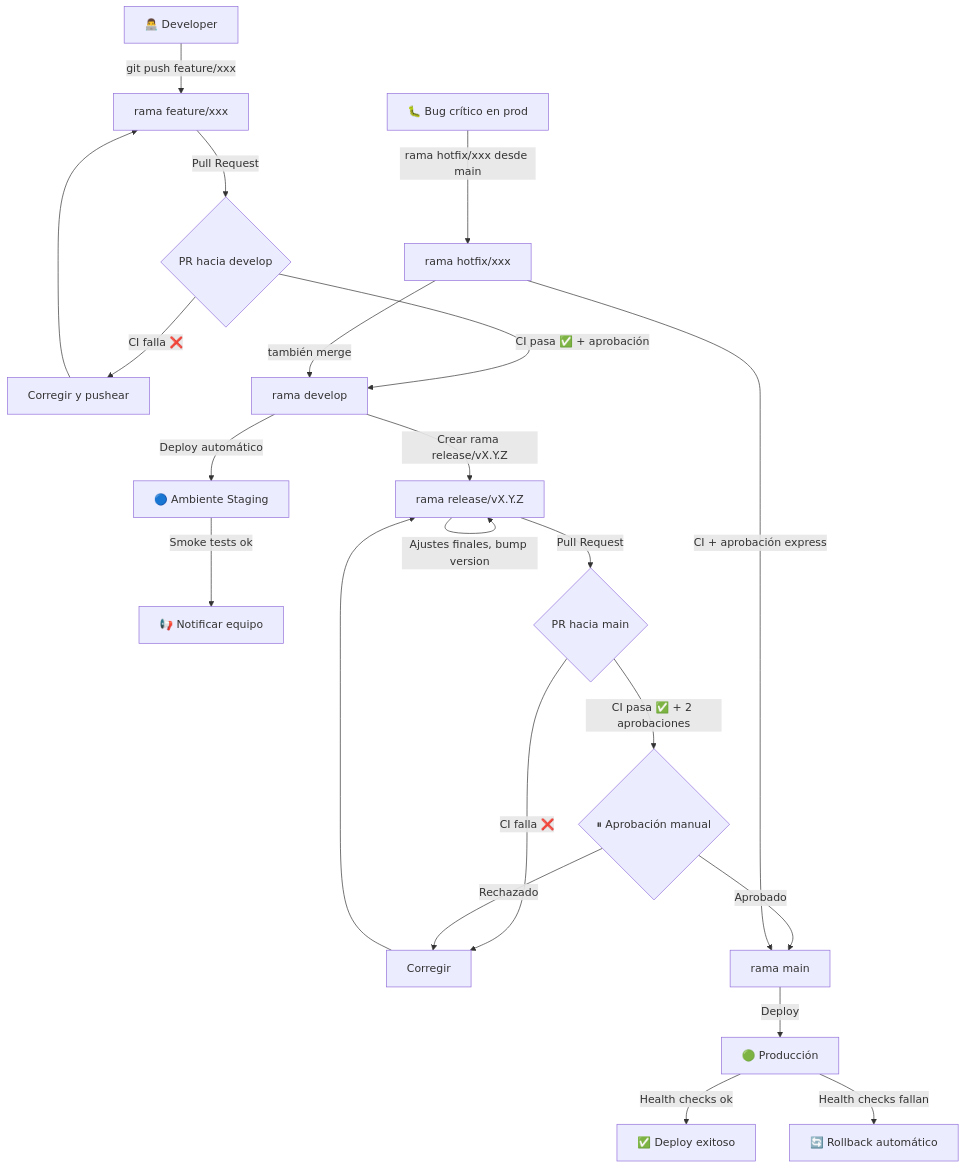
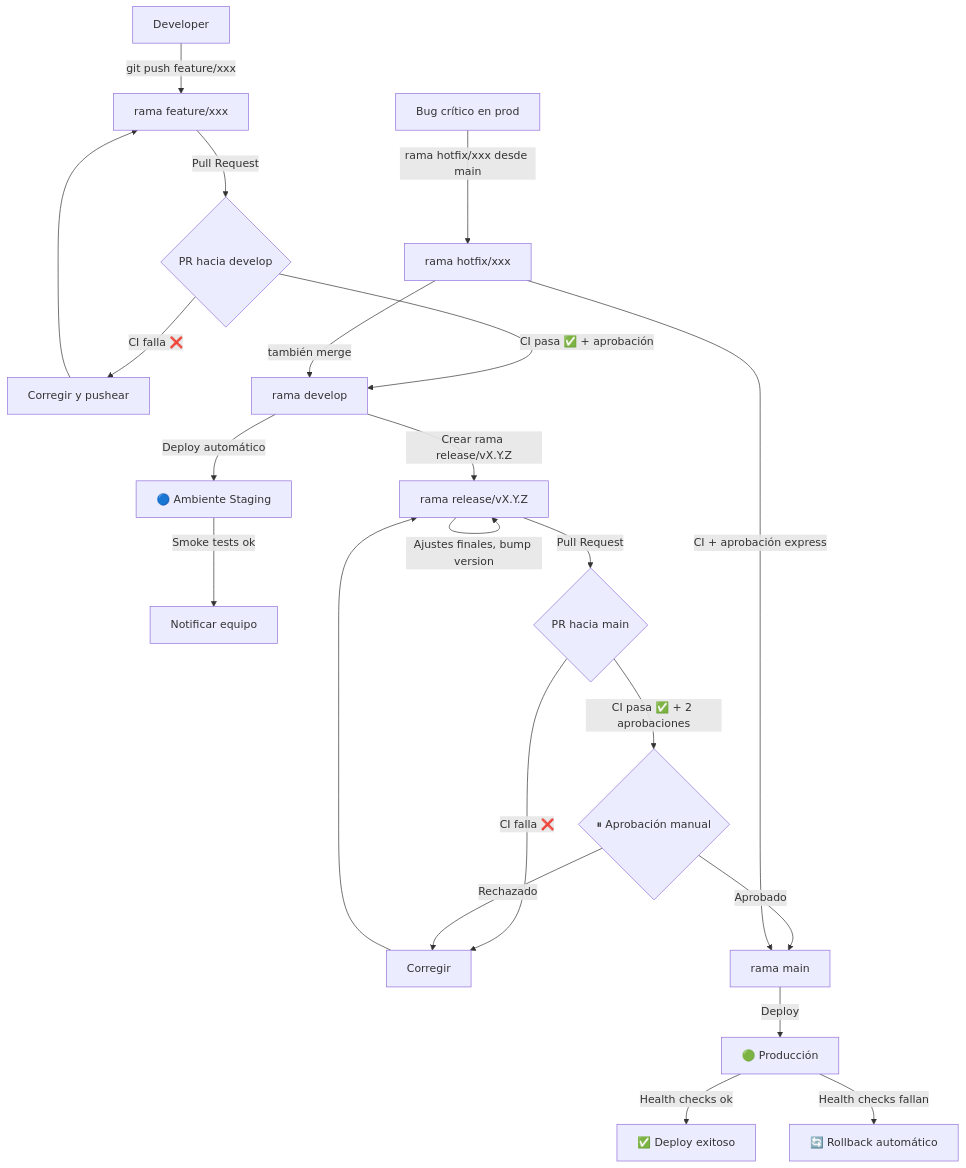
The second of 2 diagrams in README.md (Ciroka/Practico-Final-DS), drawn with Mermaid before and after one commit. The commit also changed other lines of this file, not shown here.

Commit message:
chore(README): crear diagramas Ramas GitFLow y Pipeline CI/CD

````diff
--- a/README.md
+++ b/README.md
@@ -197,26 +268,26 @@
 ```mermaid
 flowchart TD
-    DEV[👨‍💻 Developer] -->|git push feature/xxx| FEATURE[rama feature/xxx]
+    DEV[Developer] -->|git push feature/xxx| FEATURE[rama feature/xxx]
     FEATURE -->|Pull Request| PR_DEV{PR hacia develop}
     PR_DEV -->|CI falla ❌| FIX[Corregir y pushear]
     FIX --> FEATURE
     PR_DEV -->|CI pasa ✅ + aprobación| DEVELOP[rama develop]
     DEVELOP -->|Deploy automático| STAGING[🔵 Ambiente Staging]
-    STAGING -->|Smoke tests ok| NOTIFY_TEAM[📢 Notificar equipo]
-    
+    STAGING -->|Smoke tests ok| NOTIFY_TEAM[Notificar equipo]
+ 
     DEVELOP -->|Crear rama release/vX.Y.Z| RELEASE[rama release/vX.Y.Z]
     RELEASE -->|Ajustes finales, bump version| RELEASE
     RELEASE -->|Pull Request| PR_MAIN{PR hacia main}
     PR_MAIN -->|CI falla ❌| FIX2[Corregir]
     FIX2 --> RELEASE
     PR_MAIN -->|CI pasa ✅ + 2 aprobaciones| APPROVAL{⏸ Aprobación manual}
     APPROVAL -->|Aprobado| MAIN[rama main]
     APPROVAL -->|Rechazado| FIX2
     MAIN -->|Deploy| PROD[🟢 Producción]
     PROD -->|Health checks ok| SUCCESS[✅ Deploy exitoso]
     PROD -->|Health checks fallan| ROLLBACK[🔄 Rollback automático]
-    
-    BUG[🐛 Bug crítico en prod] -->|rama hotfix/xxx desde main| HOTFIX[rama hotfix/xxx]
+ 
+    BUG[Bug crítico en prod] -->|rama hotfix/xxx desde main| HOTFIX[rama hotfix/xxx]
     HOTFIX -->|CI + aprobación express| MAIN
     HOTFIX -->|también merge| DEVELOP
 ```
````
